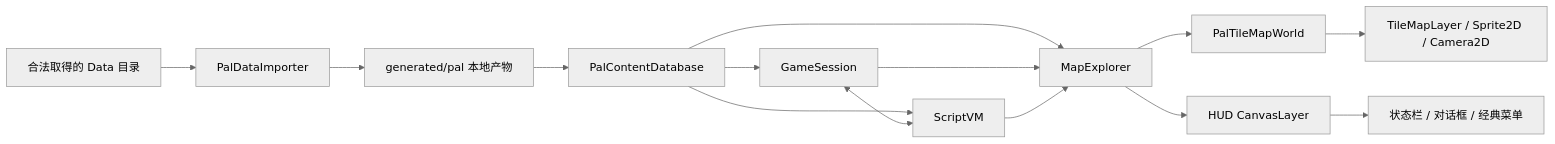
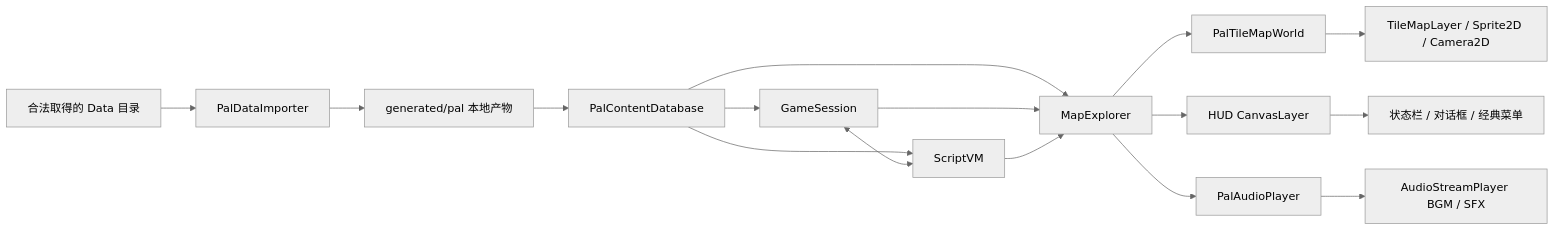
One commit to 1xuanyuan1/sword-godot changed the first of 2 diagrams in docs/ARCHITECTURE.md. Above: the diagram before and after it, drawn with Mermaid (neutral theme). The commit also changed other lines of this file and 22 other files, not shown here.

````diff
--- a/docs/ARCHITECTURE.md
+++ b/docs/ARCHITECTURE.md
@@ -5,16 +5,18 @@
 ```mermaid
 flowchart LR
     A[合法取得的 Data 目录] --> B[PalDataImporter]
     B --> C[generated/pal 本地产物]
     C --> D[PalContentDatabase]
     D --> E[GameSession]
     D --> F[ScriptVM]
     E <--> F
     D --> G[MapExplorer]
     E --> G
     F --> G
     G --> H[PalTileMapWorld]
     G --> I[HUD CanvasLayer]
     I --> K[状态栏 / 对话框 / 经典菜单]
     H --> J[TileMapLayer / Sprite2D / Camera2D]
+    G --> L[PalAudioPlayer]
+    L --> N[AudioStreamPlayer BGM / SFX]
 ```
````
